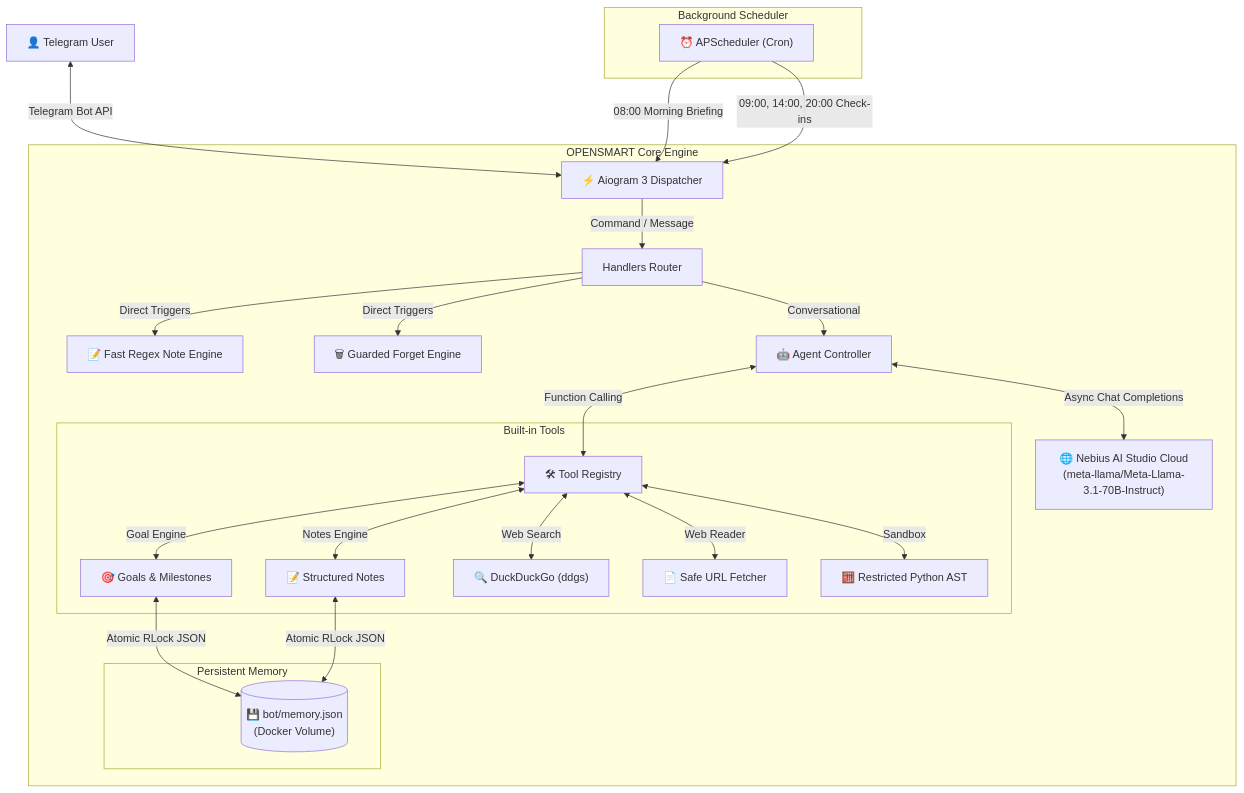
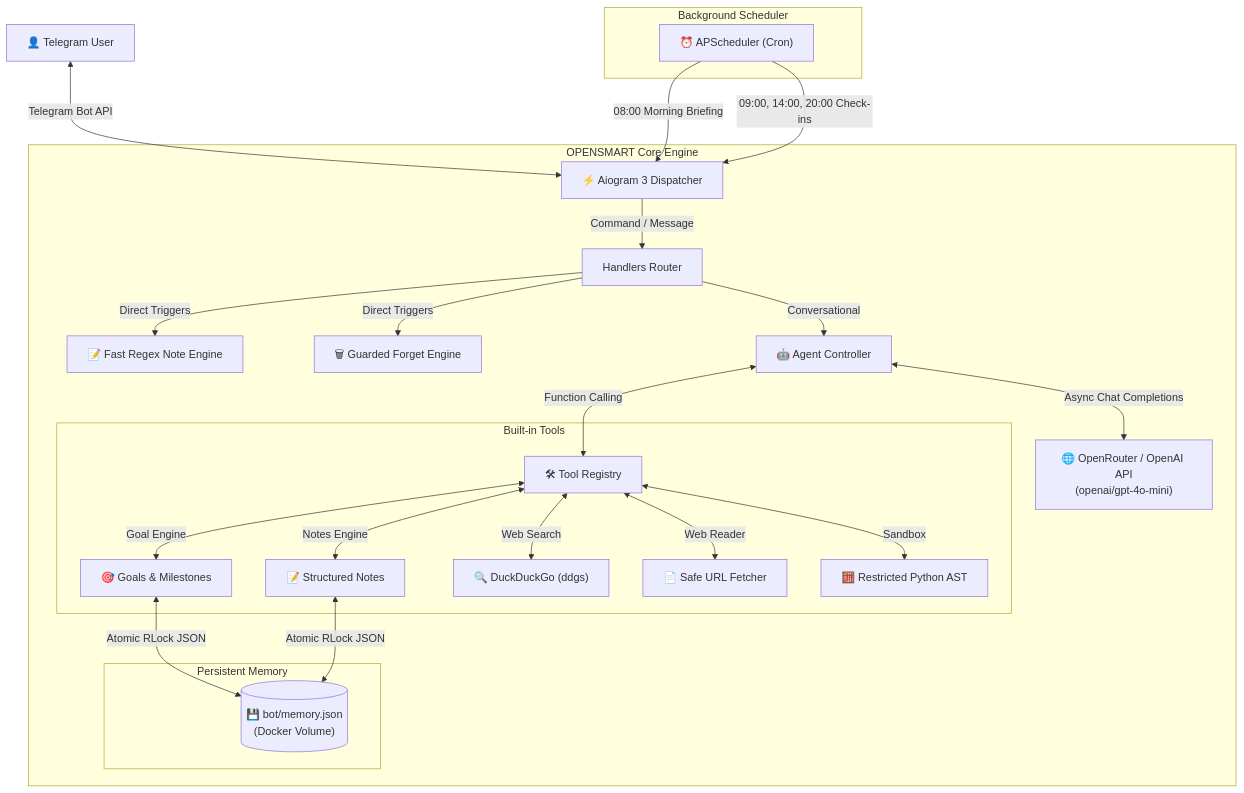
Before and after one commit to erbulanbombi-ux/OPENSMART: the diagram in README.md, drawn with Mermaid. The commit also changed other lines of this file and 7 other files, not shown here.

Commit message:
feat: localize bot and codebase to English, clean env to Bot token, OpenRouter, and OpenAI

````diff
--- a/README.md
+++ b/README.md
@@ -261,32 +199,32 @@
 ```mermaid
 flowchart TD
     User["👤 Telegram User"] <-->|"Telegram Bot API"| Aiogram["⚡ Aiogram 3 Dispatcher"]
     
     subgraph Core ["OPENSMART Core Engine"]
         Aiogram -->|"Command / Message"| Router["Handlers Router"]
         Router -->|"Direct Triggers"| FastNotes["📝 Fast Regex Note Engine"]
         Router -->|"Direct Triggers"| FastForget["🗑 Guarded Forget Engine"]
         Router -->|"Conversational"| Agent["🤖 Agent Controller"]
         
-        Agent <-->|"Async Chat Completions"| Nebius["🌐 Nebius AI Studio Cloud\n(meta-llama/Meta-Llama-3.1-70B-Instruct)"]
+        Agent <-->|"Async Chat Completions"| Provider["🌐 OpenRouter / OpenAI API\n(openai/gpt-4o-mini)"]
         Agent <-->|"Function Calling"| ToolRegistry["🛠 Tool Registry"]
         
         subgraph Tools ["Built-in Tools"]
             ToolRegistry <-->|"Goal Engine"| Goals["🎯 Goals & Milestones"]
             ToolRegistry <-->|"Notes Engine"| Notes["📝 Structured Notes"]
             ToolRegistry <-->|"Web Search"| Search["🔍 DuckDuckGo (ddgs)"]
             ToolRegistry <-->|"Web Reader"| Reader["📄 Safe URL Fetcher"]
             ToolRegistry <-->|"Sandbox"| PythonAST["🧮 Restricted Python AST"]
         end
         
         subgraph Storage ["Persistent Memory"]
             Goals <-->|"Atomic RLock JSON"| MemoryFile[("💾 bot/memory.json\n(Docker Volume)")]
             Notes <-->|"Atomic RLock JSON"| MemoryFile
         end
     end
     
     subgraph Scheduler ["Background Scheduler"]
         APScheduler["⏰ APScheduler (Cron)"] -->|"08:00 Morning Briefing"| Aiogram
         APScheduler -->|"09:00, 14:00, 20:00 Check-ins"| Aiogram
     end
 ```
````
